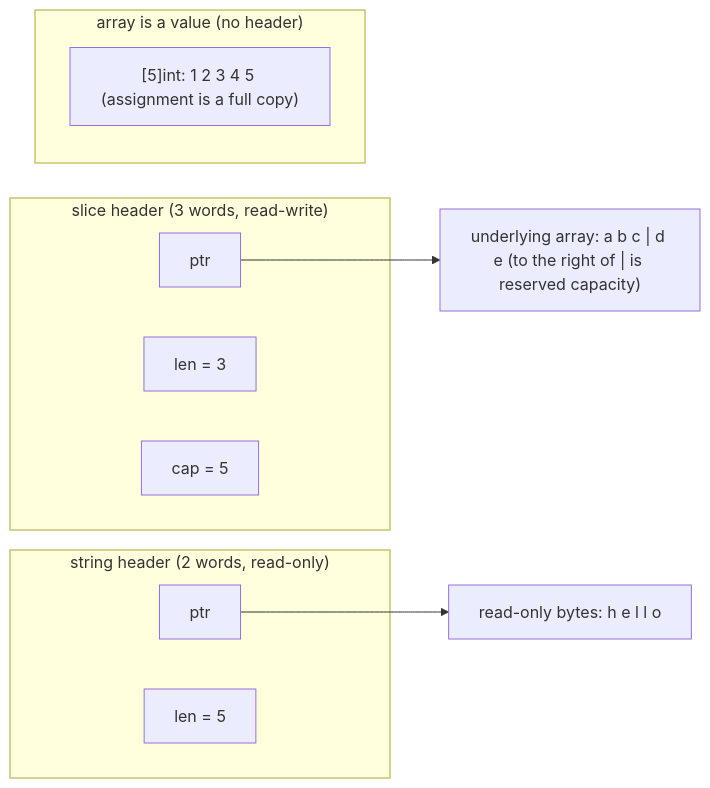
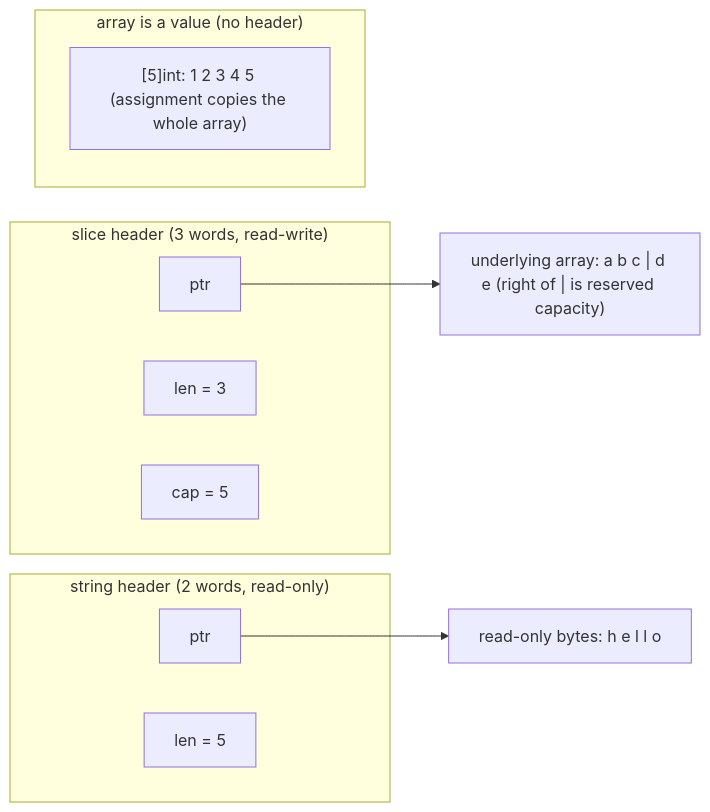
The diagram in book/en-us/part2lang/ch05data/slice.md (golang-design/under-the-hood), drawn with Mermaid before and after one commit. The commit also changed other lines of this file and 24 other files, not shown here.

````diff
--- a/book/en-us/part2lang/ch05data/slice.md
+++ b/book/en-us/part2lang/ch05data/slice.md
@@ -41,17 +62,17 @@
 ```mermaid
 flowchart LR
     subgraph SLICE["slice header (3 words, read-write)"]
       P["ptr"]
       L["len = 3"]
       C["cap = 5"]
     end
-    P --> ARR["underlying array: a b c | d e (to the right of | is reserved capacity)"]
+    P --> ARR["underlying array: a b c | d e (right of | is reserved capacity)"]
     subgraph STR["string header (2 words, read-only)"]
       SP["ptr"]
       SL["len = 5"]
     end
     SP --> BYTES["read-only bytes: h e l l o"]
     subgraph ARRV["array is a value (no header)"]
-      AV["[5]int: 1 2 3 4 5 (assignment is a full copy)"]
+      AV["[5]int: 1 2 3 4 5 (assignment copies the whole array)"]
     end
 ```
````
